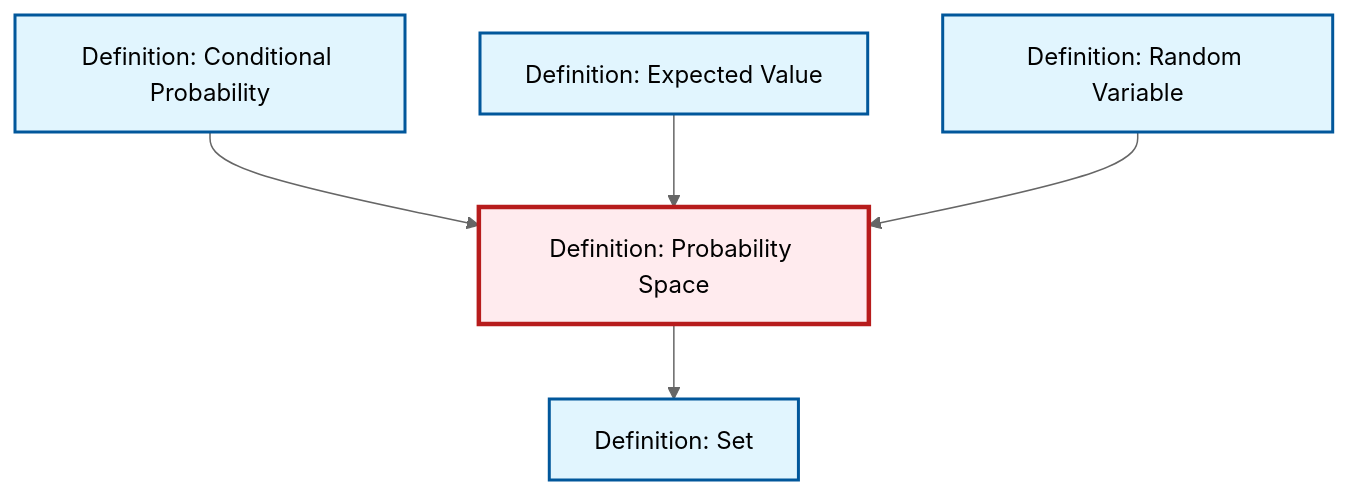
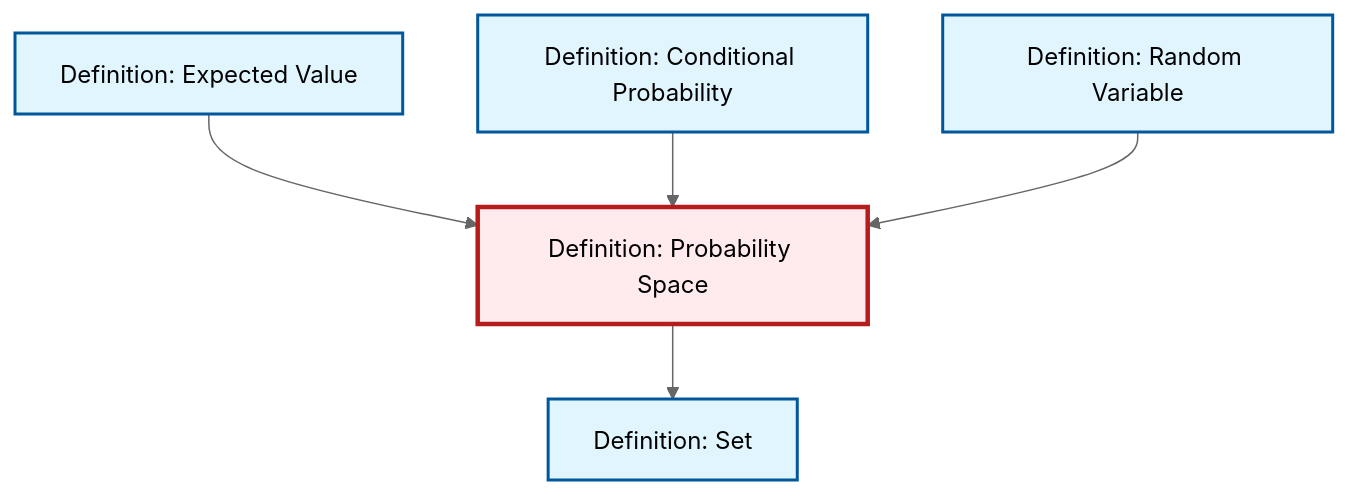
One commit to RK0429/ModernMath changed the diagram in output/mermaid/def-probability-space.mermaid. Above: the diagram before and after it, drawn with Mermaid (neutral theme). The commit also changed other lines of this file and 1122 other files, not shown here.

````diff
--- a/output/mermaid/def-probability-space.mermaid
+++ b/output/mermaid/def-probability-space.mermaid
@@ -1,19 +1,19 @@
 ```{mermaid}
 %%| fig-cap: "Local dependency graph"
 graph TD
     classDef definition fill:#e1f5fe,stroke:#01579b,stroke-width:2px
     classDef theorem fill:#f3e5f5,stroke:#4a148c,stroke-width:2px
     classDef axiom fill:#fff3e0,stroke:#e65100,stroke-width:2px
     classDef example fill:#e8f5e9,stroke:#1b5e20,stroke-width:2px
     classDef current fill:#ffebee,stroke:#b71c1c,stroke-width:3px
+    def-probability-space["Definition: Probability Space"]:::definition
+    def-expectation["Definition: Expected Value"]:::definition
     def-random-variable["Definition: Random Variable"]:::definition
+    def-conditional-probability["Definition: Conditional Probability"]:::definition
     def-set["Definition: Set"]:::definition
-    def-expectation["Definition: Expected Value"]:::definition
-    def-probability-space["Definition: Probability Space"]:::definition
-    def-conditional-probability["Definition: Conditional Probability"]:::definition
-    def-conditional-probability --> def-probability-space
     def-probability-space --> def-set
     def-expectation --> def-probability-space
+    def-conditional-probability --> def-probability-space
     def-random-variable --> def-probability-space
     class def-probability-space current
 ```
````
